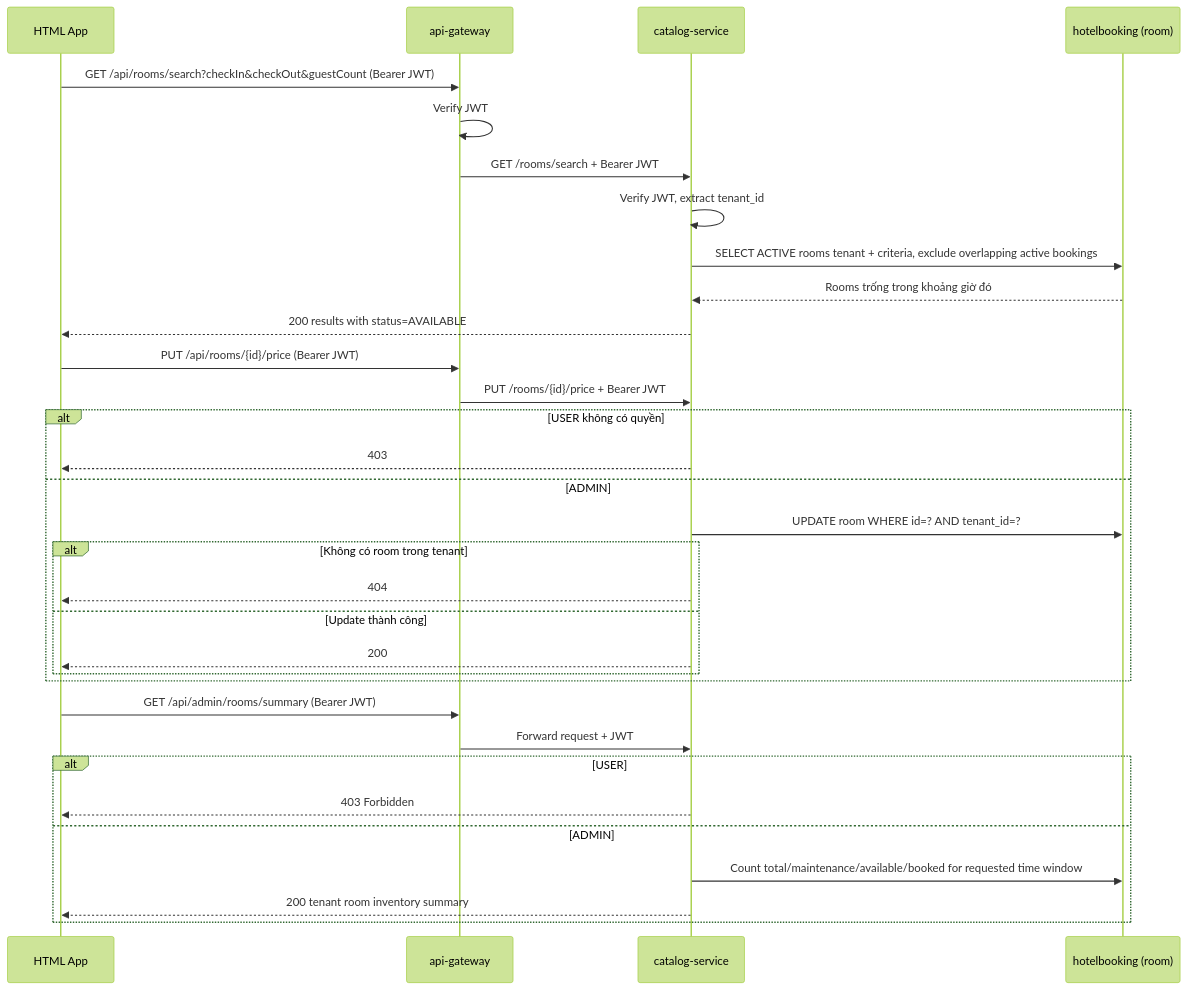
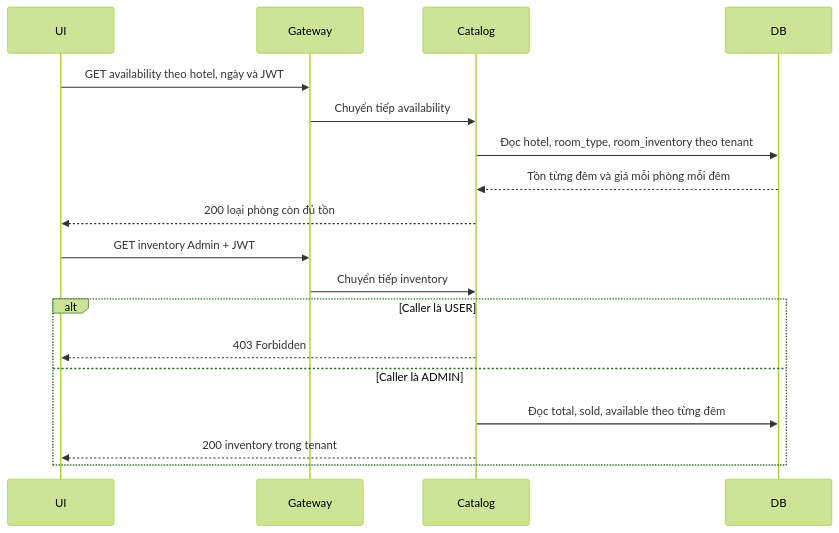
Before and after one commit to oabga/HotelBookingSystem: the third of 5 diagrams in docs/iam-google-sso-demo-plan-v2.md, drawn with Mermaid (forest theme). The commit also changed other lines of this file and 1 other file, not shown here.

````diff
--- a/docs/iam-google-sso-demo-plan-v2.md
+++ b/docs/iam-google-sso-demo-plan-v2.md
@@ -462,37 +463,22 @@
 ```mermaid
 sequenceDiagram
-    participant UI as HTML App
-    participant Gateway as api-gateway
-    participant Catalog as catalog-service
-    participant DB as hotelbooking (room)
+    participant UI
+    participant Gateway
+    participant Catalog
+    participant DB
 
-    UI->>Gateway: GET /api/rooms/search?checkIn&checkOut&guestCount (Bearer JWT)
-    Gateway->>Gateway: Verify JWT
-    Gateway->>Catalog: GET /rooms/search + Bearer JWT
-    Catalog->>Catalog: Verify JWT, extract tenant_id
-    Catalog->>DB: SELECT ACTIVE rooms tenant + criteria, exclude overlapping active bookings
-    DB-->>Catalog: Rooms trống trong khoảng giờ đó
-    Catalog-->>UI: 200 results with status=AVAILABLE
+    UI->>Gateway: GET availability theo hotel, ngày và JWT
+    Gateway->>Catalog: Chuyển tiếp availability
+    Catalog->>DB: Đọc hotel, room_type, room_inventory theo tenant
+    DB-->>Catalog: Tồn từng đêm và giá mỗi phòng mỗi đêm
+    Catalog-->>UI: 200 loại phòng còn đủ tồn
 
-    UI->>Gateway: PUT /api/rooms/{id}/price (Bearer JWT)
-    Gateway->>Catalog: PUT /rooms/{id}/price + Bearer JWT
-    alt USER không có quyền
-        Catalog-->>UI: 403
-    else ADMIN
-        Catalog->>DB: UPDATE room WHERE id=? AND tenant_id=?
-        alt Không có room trong tenant
-            Catalog-->>UI: 404
-        else Update thành công
-            Catalog-->>UI: 200
-        end
-    end
-
-    UI->>Gateway: GET /api/admin/rooms/summary (Bearer JWT)
-    Gateway->>Catalog: Forward request + JWT
-    alt USER
+    UI->>Gateway: GET inventory Admin + JWT
+    Gateway->>Catalog: Chuyển tiếp inventory
+    alt Caller là USER
         Catalog-->>UI: 403 Forbidden
-    else ADMIN
-        Catalog->>DB: Count total/maintenance/available/booked for requested time window
-        Catalog-->>UI: 200 tenant room inventory summary
+    else Caller là ADMIN
+        Catalog->>DB: Đọc total, sold, available theo từng đêm
+        Catalog-->>UI: 200 inventory trong tenant
     end
 ```
````
